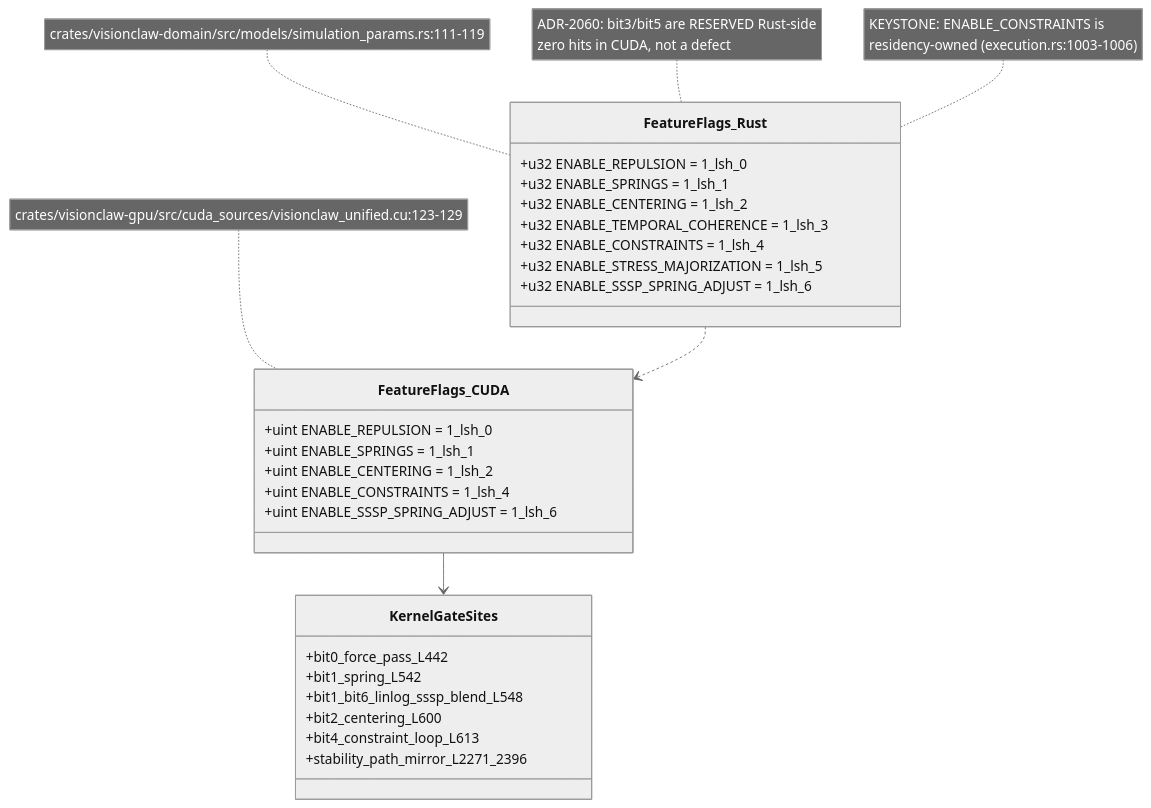
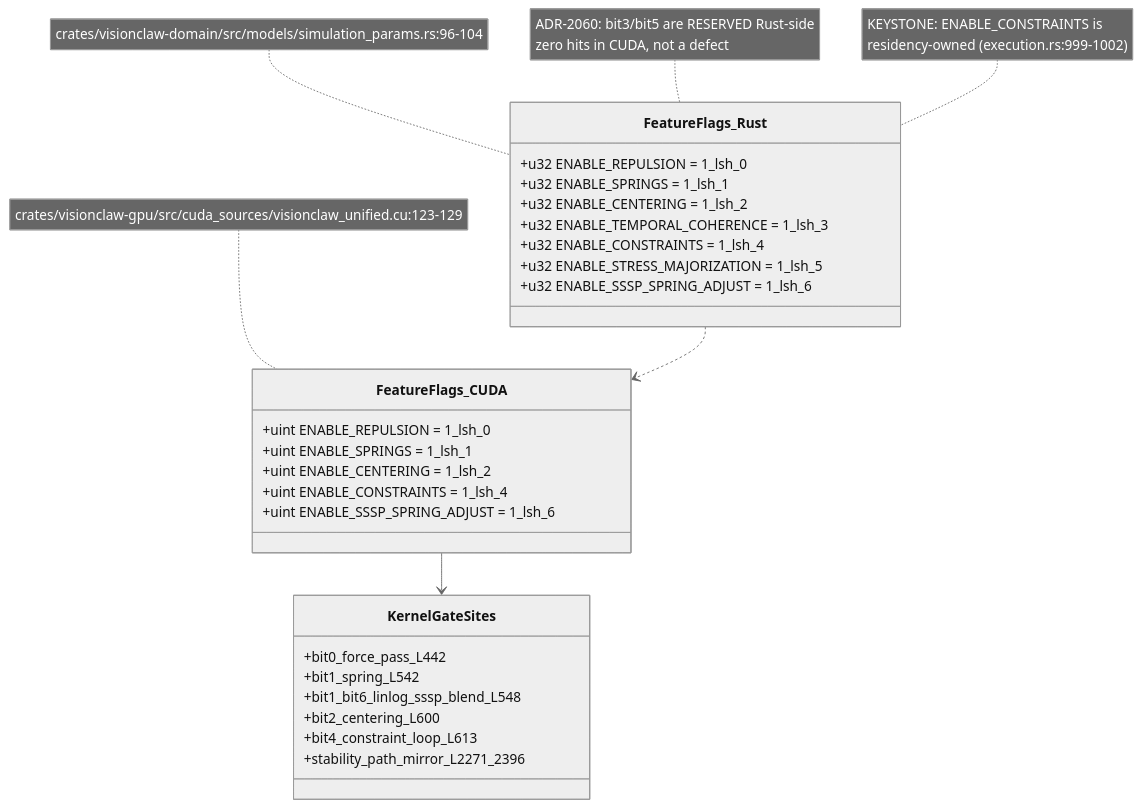
Before and after one commit to DreamLab-AI/VisionFlow: the second of 7 diagrams in docs/diagrams/visionclaw/12-simparams-abi-and-ptx.md, drawn with Mermaid (neutral theme). The commit also changed other lines of this file and 80 other files, not shown here.

First line of the commit message:
docs(diagrams): re-verify the agentbox, dreamlab, estate and visionflow corpus against current sources

````diff
--- a/docs/diagrams/visionclaw/12-simparams-abi-and-ptx.md
+++ b/docs/diagrams/visionclaw/12-simparams-abi-and-ptx.md
@@ -113,33 +113,33 @@
 ```mermaid
 classDiagram
     class FeatureFlags_Rust {
         +u32 ENABLE_REPULSION = 1_lsh_0
         +u32 ENABLE_SPRINGS = 1_lsh_1
         +u32 ENABLE_CENTERING = 1_lsh_2
         +u32 ENABLE_TEMPORAL_COHERENCE = 1_lsh_3
         +u32 ENABLE_CONSTRAINTS = 1_lsh_4
         +u32 ENABLE_STRESS_MAJORIZATION = 1_lsh_5
         +u32 ENABLE_SSSP_SPRING_ADJUST = 1_lsh_6
     }
     class FeatureFlags_CUDA {
         +uint ENABLE_REPULSION = 1_lsh_0
         +uint ENABLE_SPRINGS = 1_lsh_1
         +uint ENABLE_CENTERING = 1_lsh_2
         +uint ENABLE_CONSTRAINTS = 1_lsh_4
         +uint ENABLE_SSSP_SPRING_ADJUST = 1_lsh_6
     }
     class KernelGateSites {
         +bit0_force_pass_L442
         +bit1_spring_L542
         +bit1_bit6_linlog_sssp_blend_L548
         +bit2_centering_L600
         +bit4_constraint_loop_L613
         +stability_path_mirror_L2271_2396
     }
     FeatureFlags_Rust ..> FeatureFlags_CUDA
     FeatureFlags_CUDA --> KernelGateSites
-    note for FeatureFlags_Rust "crates/visionclaw-domain/src/models/simulation_params.rs:111-119"
+    note for FeatureFlags_Rust "crates/visionclaw-domain/src/models/simulation_params.rs:96-104"
     note for FeatureFlags_CUDA "crates/visionclaw-gpu/src/cuda_sources/visionclaw_unified.cu:123-129"
     note for FeatureFlags_Rust "ADR-2060: bit3/bit5 are RESERVED Rust-side<br/>zero hits in CUDA, not a defect"
-    note for FeatureFlags_Rust "KEYSTONE: ENABLE_CONSTRAINTS is<br/>residency-owned (execution.rs:1003-1006)"
+    note for FeatureFlags_Rust "KEYSTONE: ENABLE_CONSTRAINTS is<br/>residency-owned (execution.rs:999-1002)"
 ```
````
